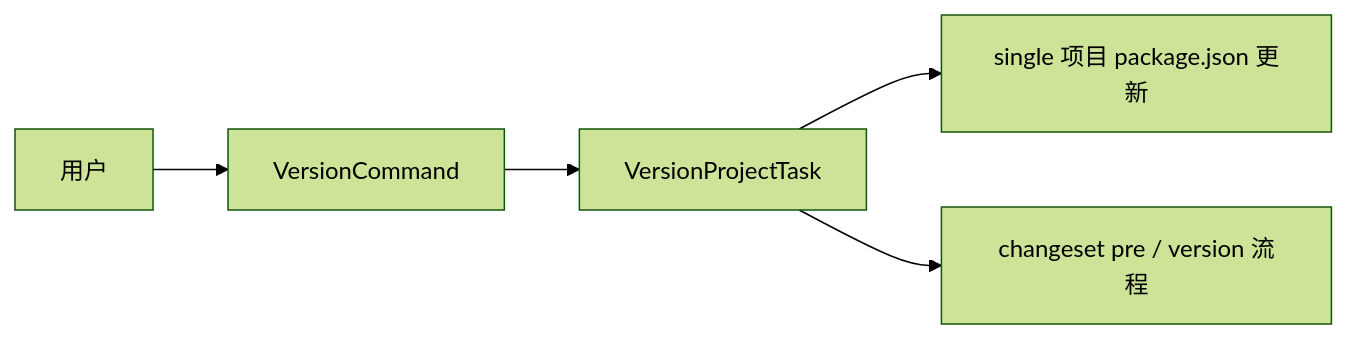
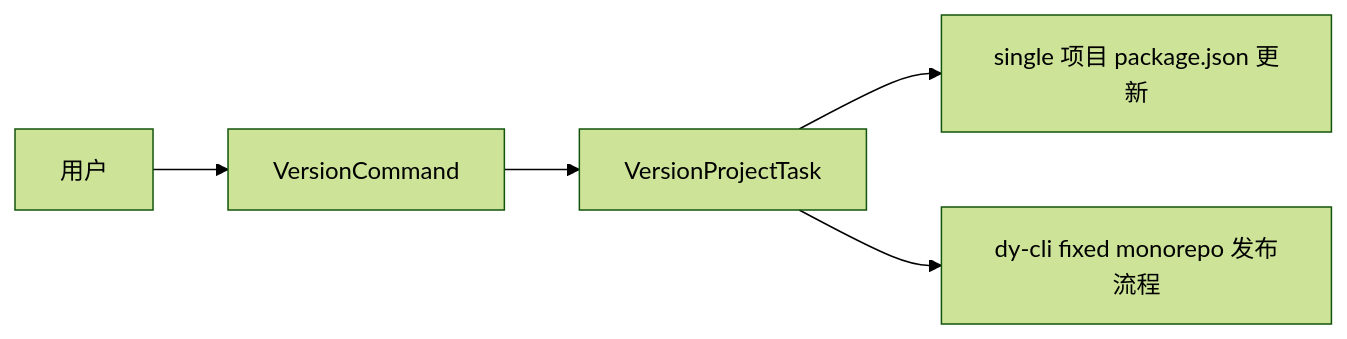
Before and after one commit to dysonjs/cli: the diagram in packages/cmd-version/README_ZH.md, drawn with Mermaid (forest theme). The commit also changed other lines of this file and 55 other files, not shown here.

Commit message:
feat: hide changesets behind dy-cli release flow

````diff
--- a/packages/cmd-version/README_ZH.md
+++ b/packages/cmd-version/README_ZH.md
@@ -5,7 +5,7 @@
 ```mermaid
 flowchart LR
   user["用户"] --> command["VersionCommand"]
   command --> task["VersionProjectTask"]
   task --> single["single 项目 package.json 更新"]
-  task --> monorepo["changeset pre / version 流程"]
+  task --> monorepo["dy-cli fixed monorepo 发布流程"]
 ```
````
